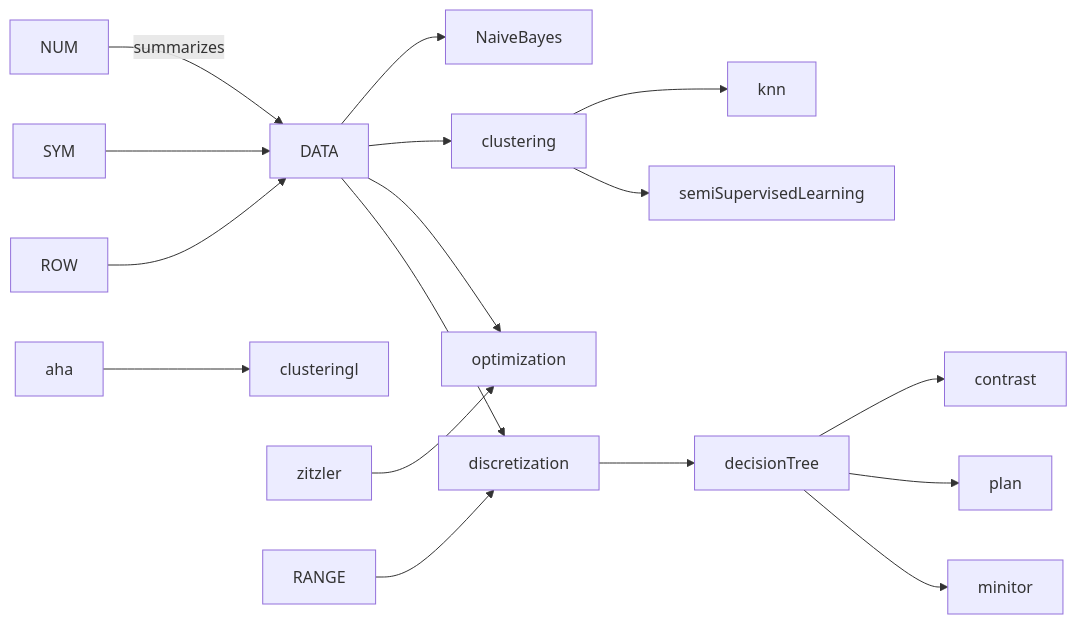
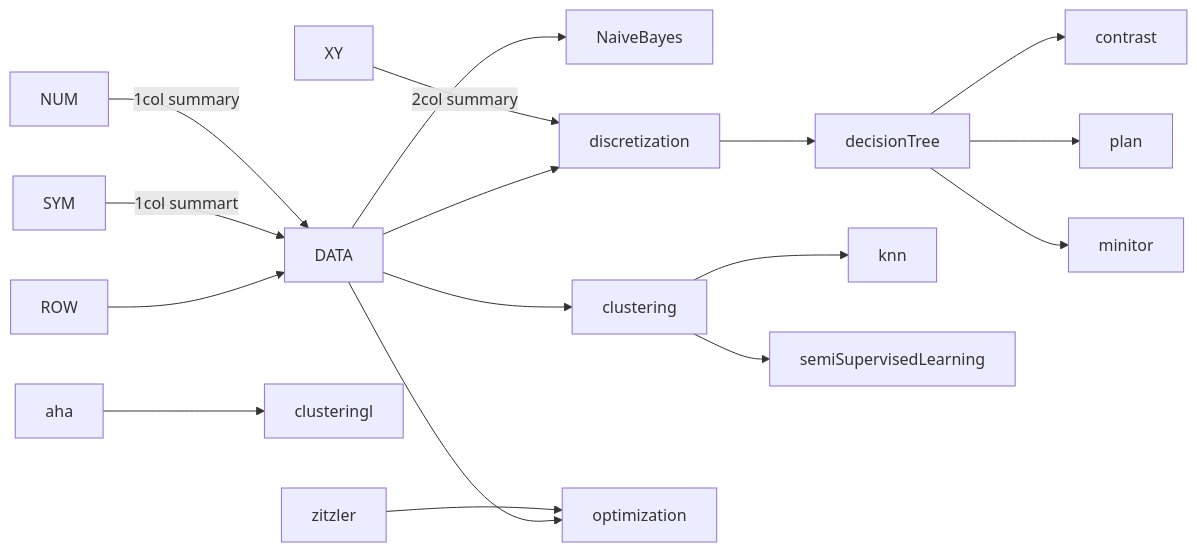
One commit to timm/tested changed the diagram in README.md. Above: the diagram before and after it, drawn with Mermaid. The commit also changed 1 other file, not shown here.

````diff
--- a/README.md
+++ b/README.md
@@ -24,17 +24,17 @@
 ```mermaid
 graph LR;
-    NUM-- summarizes -->DATA-->NaiveBayes;
-   SYM -->DATA;
+    NUM-- 1col summary -->DATA-->NaiveBayes;
+   SYM -- 1col summart -->DATA;
+    XY -- 2col summary -->discretization -->decisionTree
     ROW-->DATA;
     DATA-->clustering;
     aha-->clusteringl
     clustering-->knn;
     clustering-->semiSupervisedLearning;
     zitzler-->optimization;
     DATA-->optimization;
     DATA-->discretization 
-    RANGE-->discretization -->decisionTree
     decisionTree-->contrast;
     decisionTree-->plan;
     decisionTree-->minitor;
 ```
````
